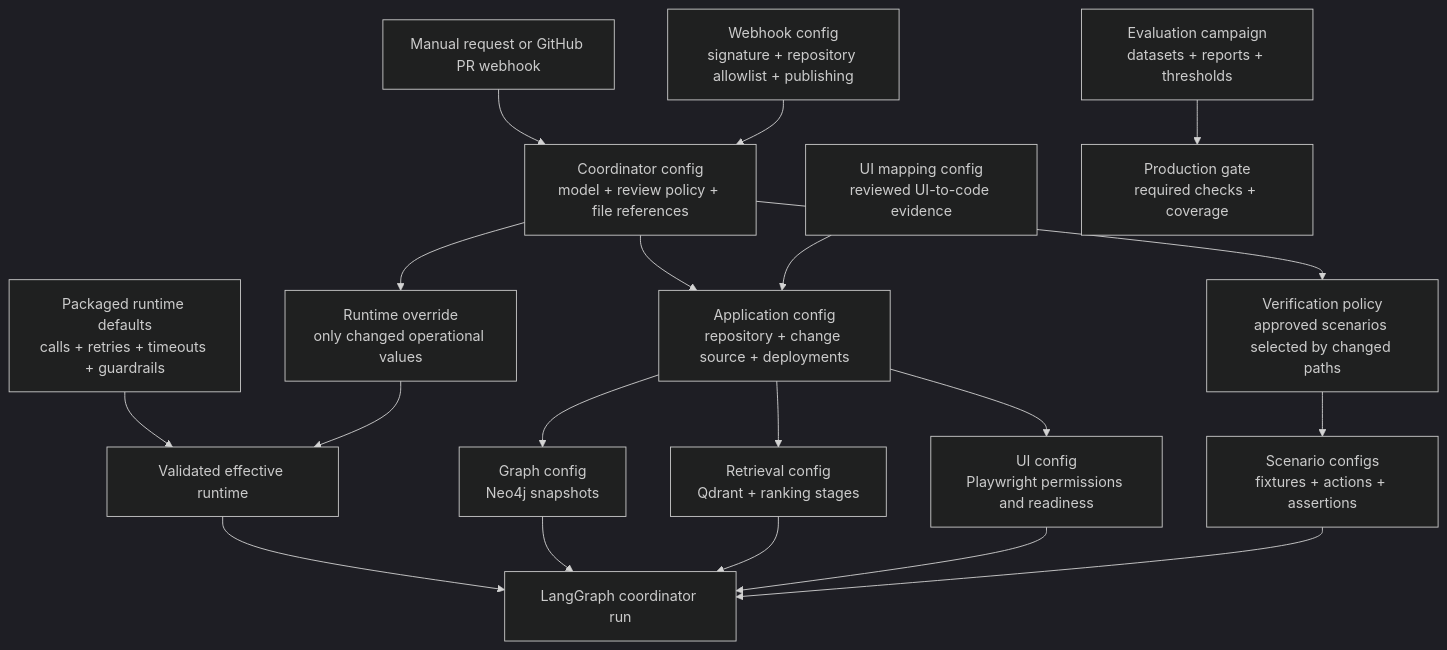
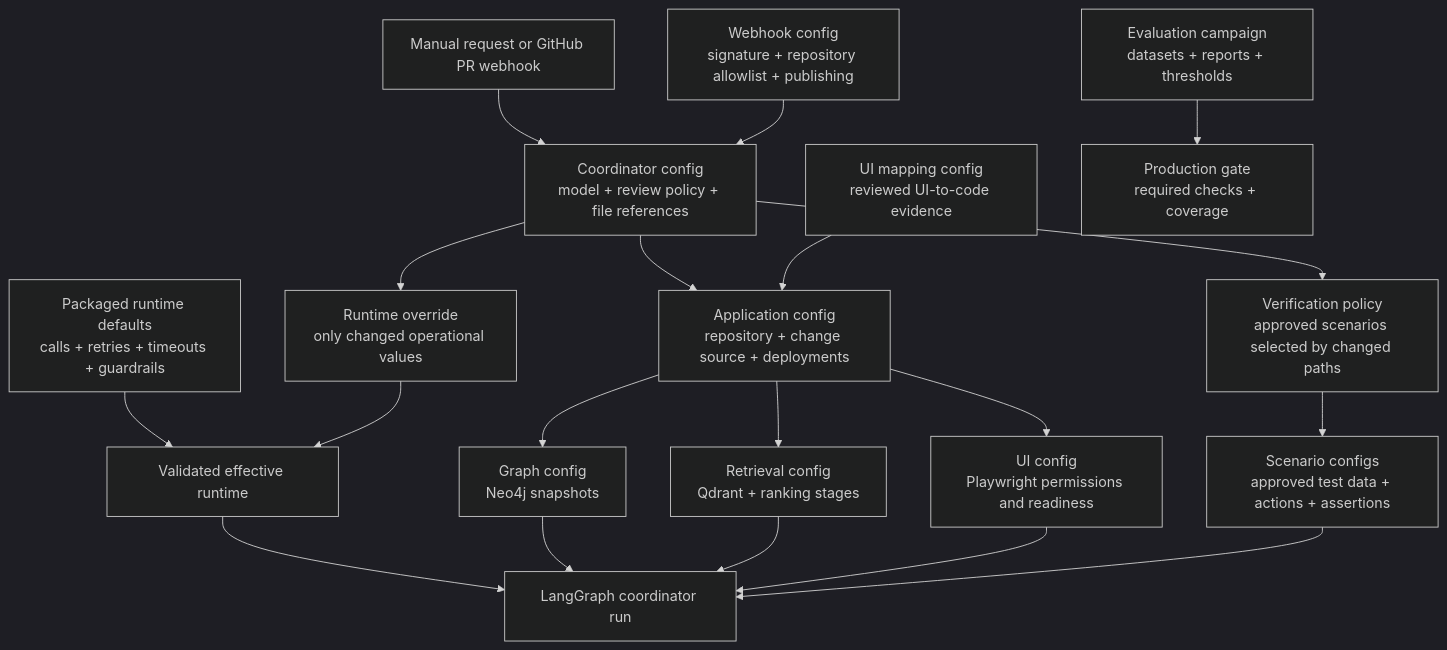
The diagram in packages/coordinator/configs/README.md (Maniteja-ai/PRAgent), drawn with Mermaid (dark theme) before and after one commit. The commit also changed other lines of this file and 18 other files, not shown here.

````diff
--- a/packages/coordinator/configs/README.md
+++ b/packages/coordinator/configs/README.md
@@ -6,27 +6,27 @@
 ```mermaid
 flowchart TD
     EVENT["Manual request or GitHub PR webhook"] --> MAIN["Coordinator config<br/>model + review policy + file references"]
 
     MAIN --> APP["Application config<br/>repository + change source + deployments"]
     MAIN --> OVERRIDE["Runtime override<br/>only changed operational values"]
     MAIN --> VERIFY["Verification policy<br/>approved scenarios selected by changed paths"]
 
     DEFAULTS["Packaged runtime defaults<br/>calls + retries + timeouts + guardrails"] --> EFFECTIVE["Validated effective runtime"]
     OVERRIDE --> EFFECTIVE
 
     APP --> GRAPH["Graph config<br/>Neo4j snapshots"]
     APP --> RETRIEVAL["Retrieval config<br/>Qdrant + ranking stages"]
     APP --> UI["UI config<br/>Playwright permissions and readiness"]
 
-    VERIFY --> SCENARIOS["Scenario configs<br/>fixtures + actions + assertions"]
+    VERIFY --> SCENARIOS["Scenario configs<br/>approved test data + actions + assertions"]
 
     EFFECTIVE --> AGENT["LangGraph coordinator run"]
     GRAPH --> AGENT
     RETRIEVAL --> AGENT
     UI --> AGENT
     SCENARIOS --> AGENT
 
     WEBHOOK["Webhook config<br/>signature + repository allowlist + publishing"] --> MAIN
     MAPPING["UI mapping config<br/>reviewed UI-to-code evidence"] --> APP
     EVAL["Evaluation campaign<br/>datasets + reports + thresholds"] --> RELEASE["Production gate<br/>required checks + coverage"]
 ```
````
